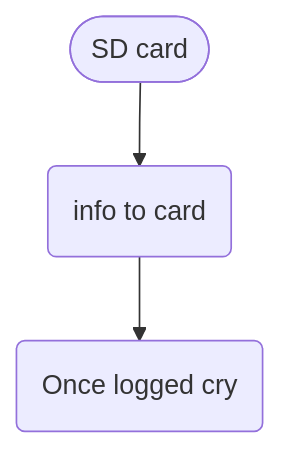
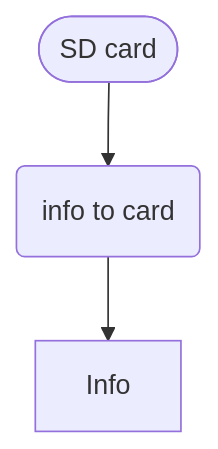
Before and after one commit to 0628222/SmartHouse-: the third of 4 diagrams in logic.md, drawn with Mermaid. The commit also changed other lines of this file, not shown here.

Commit message:
fixing flowcharts

````diff
--- a/logic.md
+++ b/logic.md
@@ -35,6 +35,6 @@
 ```mermaid
 flowchart TD
     Start([SD card]) -->
     Log(info to card) -->
-    Info(Once logged cry) 
+    Info 
 ```
````
